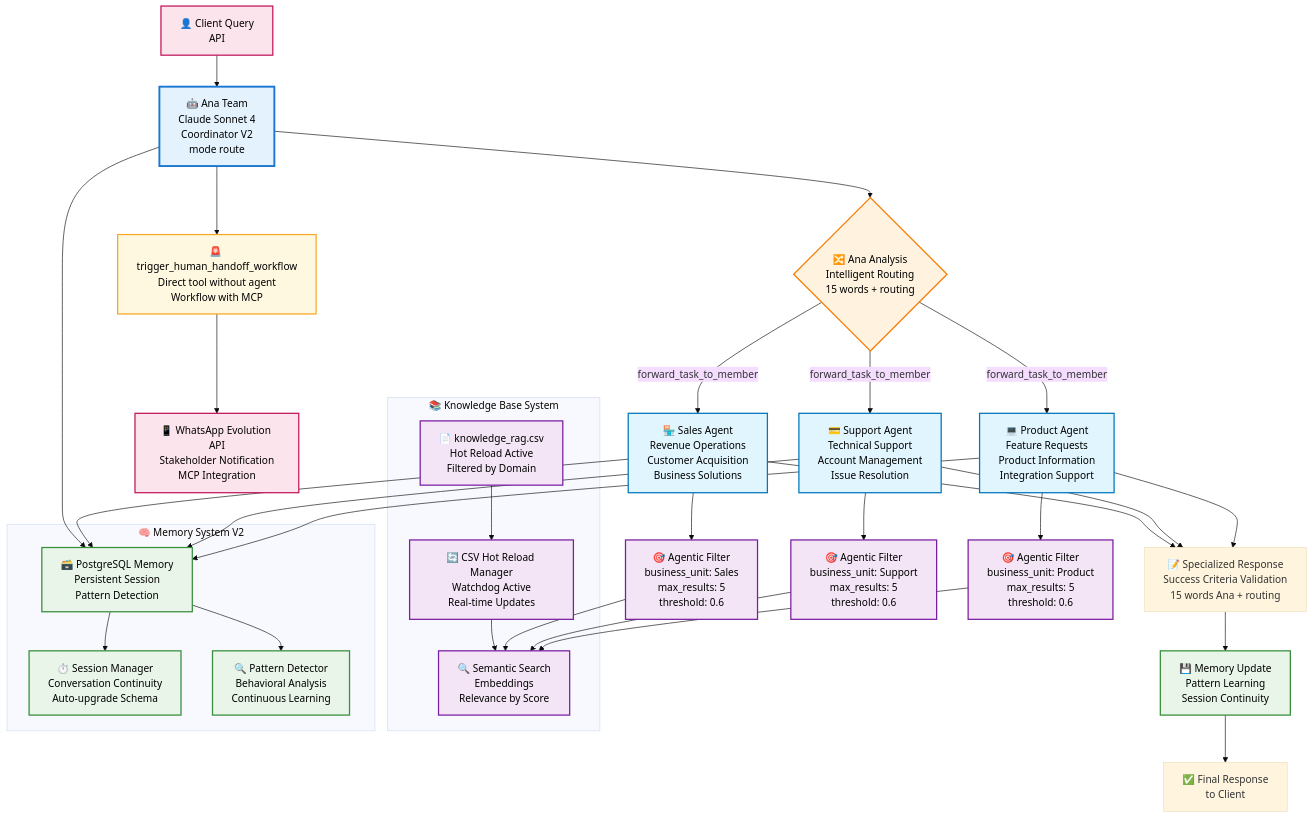
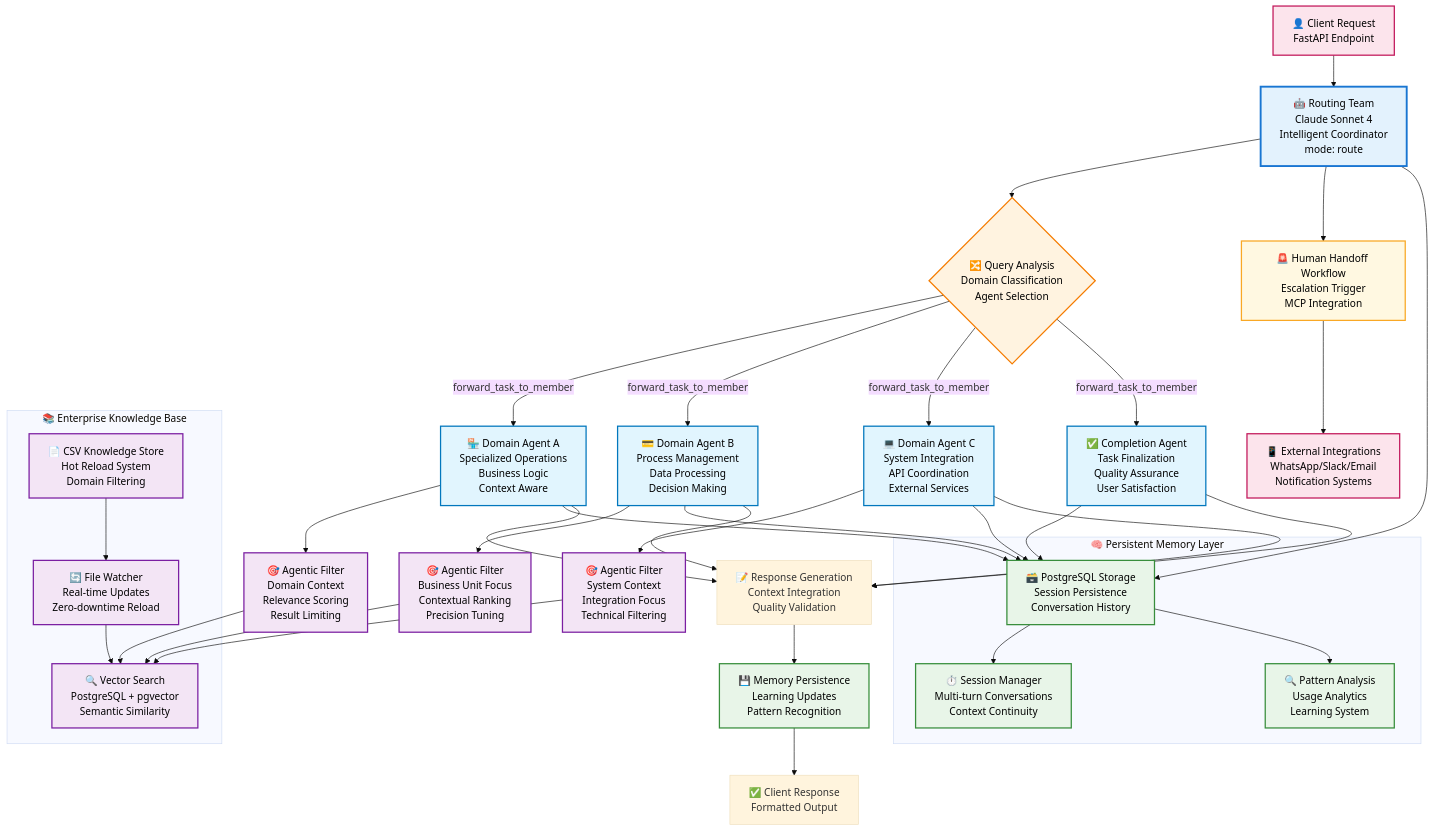
Before and after one commit to namastexlabs/automagik-hive: the diagram in README.md, drawn with Mermaid (base theme). The commit also changed other lines of this file and 25 other files, not shown here.

````diff
--- a/README.md
+++ b/README.md
@@ -9,68 +36,71 @@
 ```mermaid
 graph TB
     %% Client Entry Point
-    Customer[👤 Client Query<br/>API] --> Ana
-
-    %% Ana Central Coordinator
-    Ana[🤖 Ana Team<br/>Claude Sonnet 4<br/>Coordinator V2<br/>mode route]
+    Client[👤 Client Request<br/>FastAPI Endpoint] --> Router
     
-    %% Ana Routing Decision
-    Ana --> Routing{🔀 Ana Analysis<br/>Intelligent Routing<br/>15 words + routing}
+    %% Central Routing Team
+    Router[🤖 Routing Team<br/>Claude Sonnet 4<br/>Intelligent Coordinator<br/>mode: route]
     
-    %% Human Escalation via Workflow
-    Ana --> HumanWorkflow[🚨 trigger_human_handoff_workflow<br/>Direct tool without agent<br/>Workflow with MCP]
-    HumanWorkflow --> WhatsApp[📱 WhatsApp Evolution API<br/>Stakeholder Notification<br/>MCP Integration]
+    %% Routing Decision Engine
+    Router --> Routing{🔀 Query Analysis<br/>Domain Classification<br/>Agent Selection}
     
-    %% Specialized Agents by Domain
-    Routing -->|forward_task_to_member| SalesAgent[🏪 Sales Agent<br/>Revenue Operations<br/>Customer Acquisition<br/>Business Solutions]
-    Routing -->|forward_task_to_member| SupportAgent[💳 Support Agent<br/>Technical Support<br/>Account Management<br/>Issue Resolution]
-    Routing -->|forward_task_to_member| ProductAgent[💻 Product Agent<br/>Feature Requests<br/>Product Information<br/>Integration Support]
+    %% Human Escalation System
+    Router --> HumanWorkflow[🚨 Human Handoff Workflow<br/>Escalation Trigger<br/>MCP Integration]
+    HumanWorkflow --> Integration[📱 External Integrations<br/>WhatsApp/Slack/Email<br/>Notification Systems]
+    
+    %% Specialized Domain Agents
+    Routing -->|forward_task_to_member| Agent1[🏪 Domain Agent A<br/>Specialized Operations<br/>Business Logic<br/>Context Aware]
+    Routing -->|forward_task_to_member| Agent2[💳 Domain Agent B<br/>Process Management<br/>Data Processing<br/>Decision Making]
+    Routing -->|forward_task_to_member| Agent3[💻 Domain Agent C<br/>System Integration<br/>API Coordination<br/>External Services]
+    Routing -->|forward_task_to_member| Agent4[✅ Completion Agent<br/>Task Finalization<br/>Quality Assurance<br/>User Satisfaction]
     
     %% Knowledge Base System with Hot Reload
-    subgraph Knowledge[📚 Knowledge Base System]
-        CSV[📄 knowledge_rag.csv<br/>Hot Reload Active<br/>Filtered by Domain]
-        HotReload[🔄 CSV Hot Reload Manager<br/>Watchdog Active<br/>Real-time Updates]
-        Vector[🔍 Semantic Search<br/>Embeddings<br/>Relevance by Score]
+    subgraph Knowledge[📚 Enterprise Knowledge Base]
+        CSV[📄 CSV Knowledge Store<br/>Hot Reload System<br/>Domain Filtering]
+        HotReload[🔄 File Watcher<br/>Real-time Updates<br/>Zero-downtime Reload]
+        Vector[🔍 Vector Search<br/>PostgreSQL + pgvector<br/>Semantic Similarity]
         CSV --> HotReload
         HotReload --> Vector
     end
     
-    %% Agentic Filtering by Domain
-    SalesAgent --> Filter1[🎯 Agentic Filter<br/>business_unit: Sales<br/>max_results: 5<br/>threshold: 0.6]
-    SupportAgent --> Filter2[🎯 Agentic Filter<br/>business_unit: Support<br/>max_results: 5<br/>threshold: 0.6]
-    ProductAgent --> Filter3[🎯 Agentic Filter<br/>business_unit: Product<br/>max_results: 5<br/>threshold: 0.6]
+    %% Intelligent Knowledge Filtering
+    Agent1 --> Filter1[🎯 Agentic Filter<br/>Domain Context<br/>Relevance Scoring<br/>Result Limiting]
+    Agent2 --> Filter2[🎯 Agentic Filter<br/>Business Unit Focus<br/>Contextual Ranking<br/>Precision Tuning]
+    Agent3 --> Filter3[🎯 Agentic Filter<br/>System Context<br/>Integration Focus<br/>Technical Filtering]
     
-    %% Knowledge Queries
+    %% Knowledge Retrieval
     Filter1 --> Vector
     Filter2 --> Vector
     Filter3 --> Vector
     
-    %% PostgreSQL + Session Memory System
-    subgraph Memory[🧠 Memory System V2]
-        PostgresMemory[🗃️ PostgreSQL Memory<br/>Persistent Session<br/>Pattern Detection]
-        SessionMgmt[⏱️ Session Manager<br/>Conversation Continuity<br/>Auto-upgrade Schema]
-        PatternDetect[🔍 Pattern Detector<br/>Behavioral Analysis<br/>Continuous Learning]
+    %% Enterprise Memory System
+    subgraph Memory[🧠 Persistent Memory Layer]
+        PostgresMemory[🗃️ PostgreSQL Storage<br/>Session Persistence<br/>Conversation History]
+        SessionMgmt[⏱️ Session Manager<br/>Multi-turn Conversations<br/>Context Continuity]
+        PatternDetect[🔍 Pattern Analysis<br/>Usage Analytics<br/>Learning System]
     end
     
-    %% Memory Integration with Agents
-    Ana --> PostgresMemory
-    SalesAgent --> PostgresMemory
-    SupportAgent --> PostgresMemory
-    ProductAgent --> PostgresMemory
+    %% Memory Integration
+    Router --> PostgresMemory
+    Agent1 --> PostgresMemory
+    Agent2 --> PostgresMemory
+    Agent3 --> PostgresMemory
+    Agent4 --> PostgresMemory
     
     PostgresMemory --> SessionMgmt
     PostgresMemory --> PatternDetect
     
-    %% Response Flow with Success Criteria
-    SalesAgent --> Response[📝 Specialized Response<br/>Success Criteria Validation<br/>15 words Ana + routing]
-    SupportAgent --> Response
-    ProductAgent --> Response
+    %% Response Generation
+    Agent1 --> Response[📝 Response Generation<br/>Context Integration<br/>Quality Validation]
+    Agent2 --> Response
+    Agent3 --> Response
+    Agent4 --> Response
     
-    Response --> MemoryUpdate[💾 Memory Update<br/>Pattern Learning<br/>Session Continuity]
-    MemoryUpdate --> FinalResponse[✅ Final Response<br/>to Client]
+    Response --> MemoryUpdate[💾 Memory Persistence<br/>Learning Updates<br/>Pattern Recognition]
+    MemoryUpdate --> FinalResponse[✅ Client Response<br/>Formatted Output]
     
     %% Styling
-    classDef ana fill:#e3f2fd,stroke:#1976d2,stroke-width:3px,color:#000000
+    classDef router fill:#e3f2fd,stroke:#1976d2,stroke-width:3px,color:#000000
     classDef agent fill:#e1f5fe,stroke:#0277bd,stroke-width:2px,color:#000000
     classDef knowledge fill:#f3e5f5,stroke:#7b1fa2,stroke-width:2px,color:#000000
     classDef memory fill:#e8f5e8,stroke:#388e3c,stroke-width:2px,color:#000000
@@ -78,11 +108,11 @@
     classDef workflow fill:#fff8e1,stroke:#f9a825,stroke-width:2px,color:#000000
     classDef external fill:#fce4ec,stroke:#c2185b,stroke-width:2px,color:#000000
     
-    class Ana ana
-    class SalesAgent,SupportAgent,ProductAgent agent
+    class Router router
+    class Agent1,Agent2,Agent3,Agent4 agent
     class CSV,Vector,Filter1,Filter2,Filter3,HotReload knowledge
     class PostgresMemory,PatternDetect,SessionMgmt,MemoryUpdate memory
     class Routing decision
     class HumanWorkflow workflow
-    class WhatsApp,Customer external
+    class Integration,Client external
 ```
````
